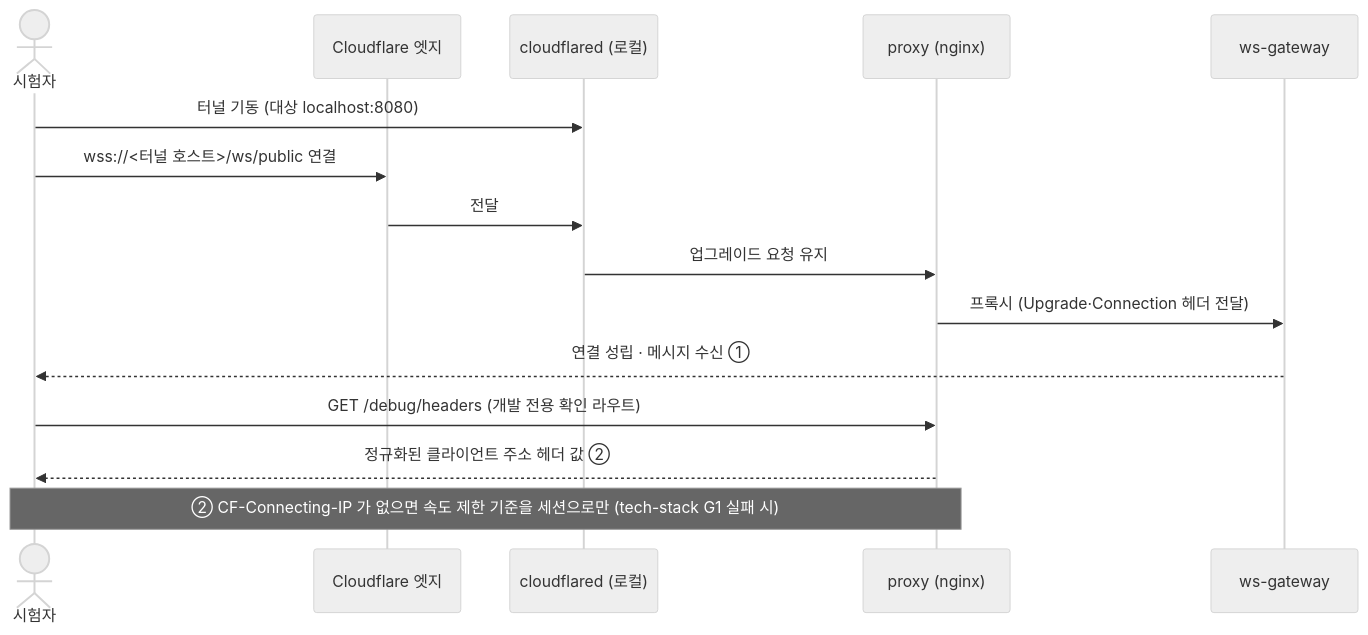
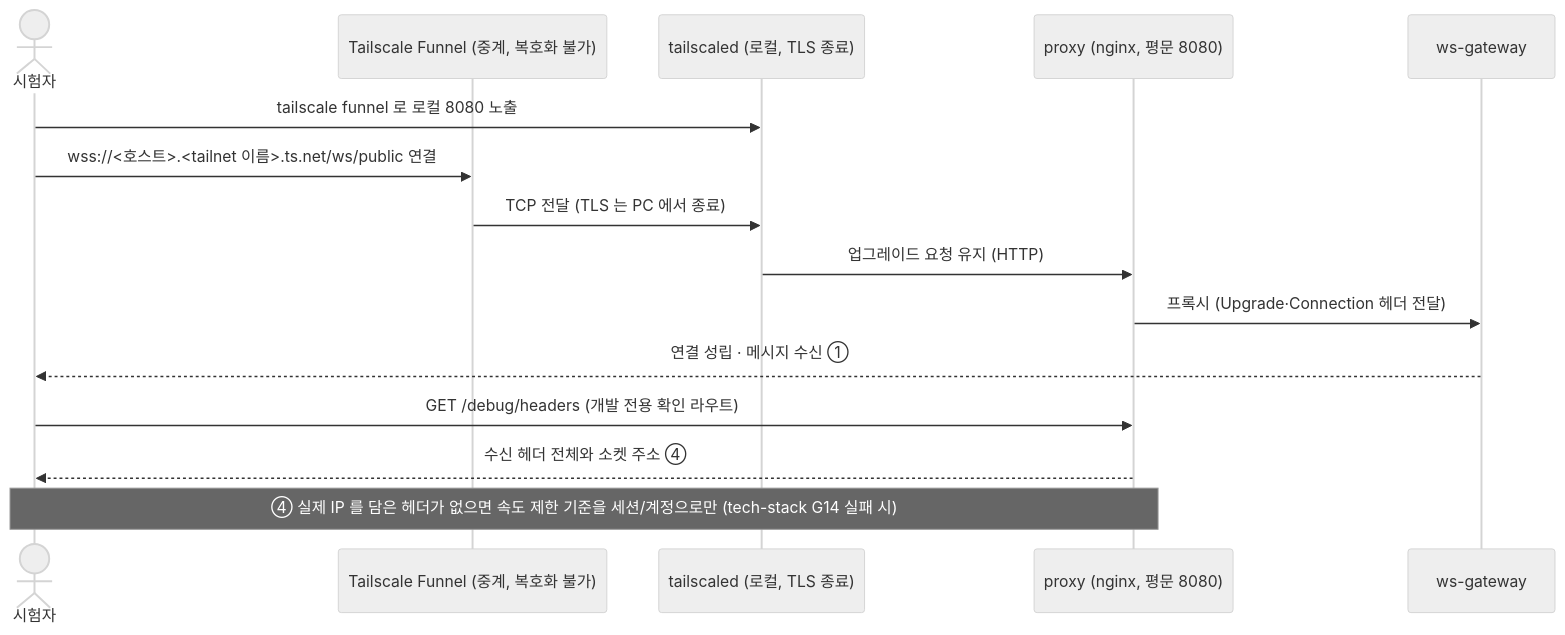
The fifth of 6 diagrams in docs/design/02-dev-environment.md (1985jwlee/portpolio_backend), drawn with Mermaid (neutral theme) before and after one commit. The commit also changed other lines of this file and 50 other files, not shown here.

````diff
--- a/docs/design/02-dev-environment.md
+++ b/docs/design/02-dev-environment.md
@@ -239,17 +241,17 @@
 ```mermaid
 sequenceDiagram
     actor T as 시험자
-    participant CF as Cloudflare 엣지
-    participant CD as cloudflared (로컬)
-    participant PX as proxy (nginx)
+    participant FN as Tailscale Funnel (중계, 복호화 불가)
+    participant TS as tailscaled (로컬, TLS 종료)
+    participant PX as proxy (nginx, 평문 8080)
     participant WS as ws-gateway
-    T->>CD: 터널 기동 (대상 localhost:8080)
-    T->>CF: wss://<터널 호스트>/ws/public 연결
-    CF->>CD: 전달
-    CD->>PX: 업그레이드 요청 유지
+    T->>TS: tailscale funnel 로 로컬 8080 노출
+    T->>FN: wss://<호스트>.<tailnet 이름>.ts.net/ws/public 연결
+    FN->>TS: TCP 전달 (TLS 는 PC 에서 종료)
+    TS->>PX: 업그레이드 요청 유지 (HTTP)
     PX->>WS: 프록시 (Upgrade·Connection 헤더 전달)
     WS-->>T: 연결 성립 · 메시지 수신 ①
     T->>PX: GET /debug/headers (개발 전용 확인 라우트)
-    PX-->>T: 정규화된 클라이언트 주소 헤더 값 ②
-    Note over T,PX: ② CF-Connecting-IP 가 없으면 속도 제한 기준을 세션으로만 (tech-stack G1 실패 시)
+    PX-->>T: 수신 헤더 전체와 소켓 주소 ④
+    Note over T,PX: ④ 실제 IP 를 담은 헤더가 없으면 속도 제한 기준을 세션/계정으로만 (tech-stack G14 실패 시)
 ```
````
